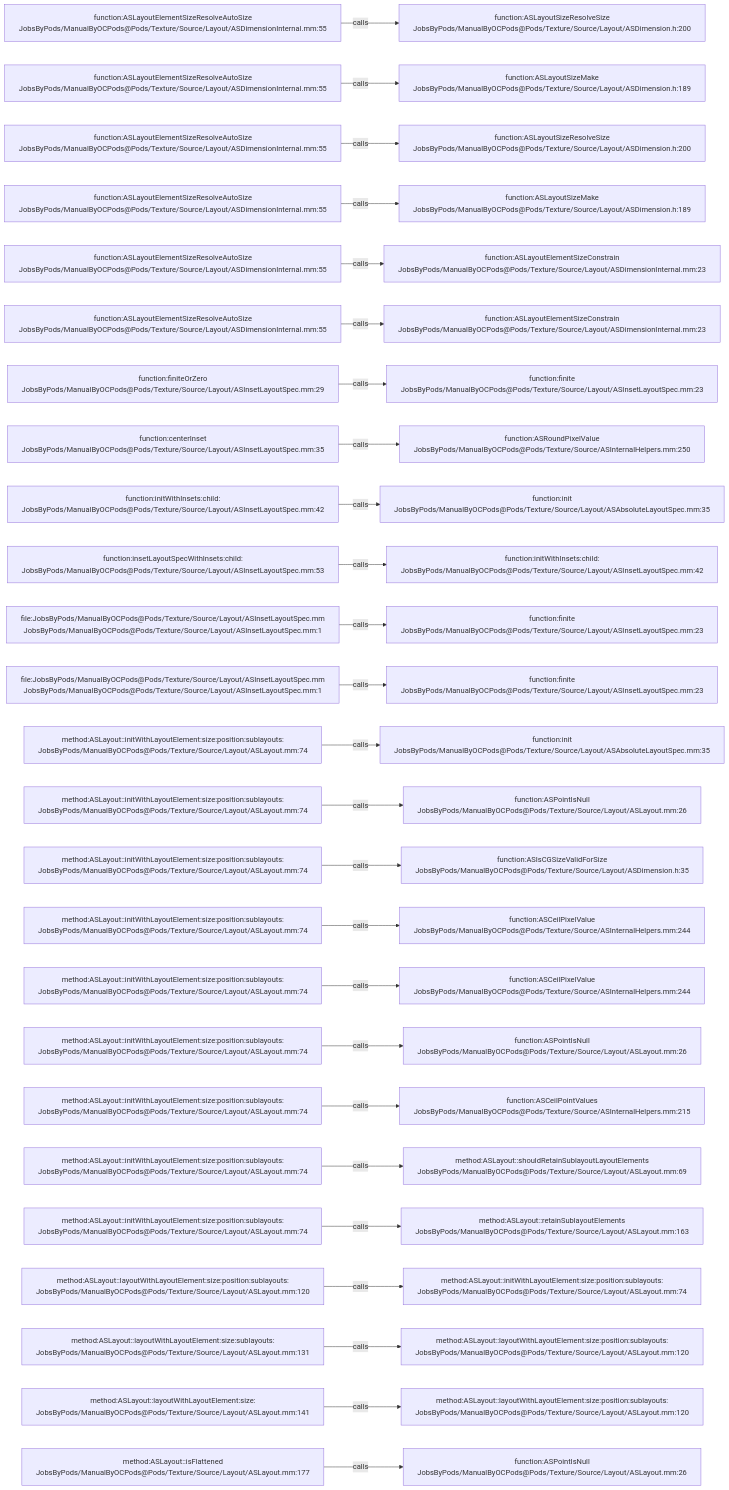
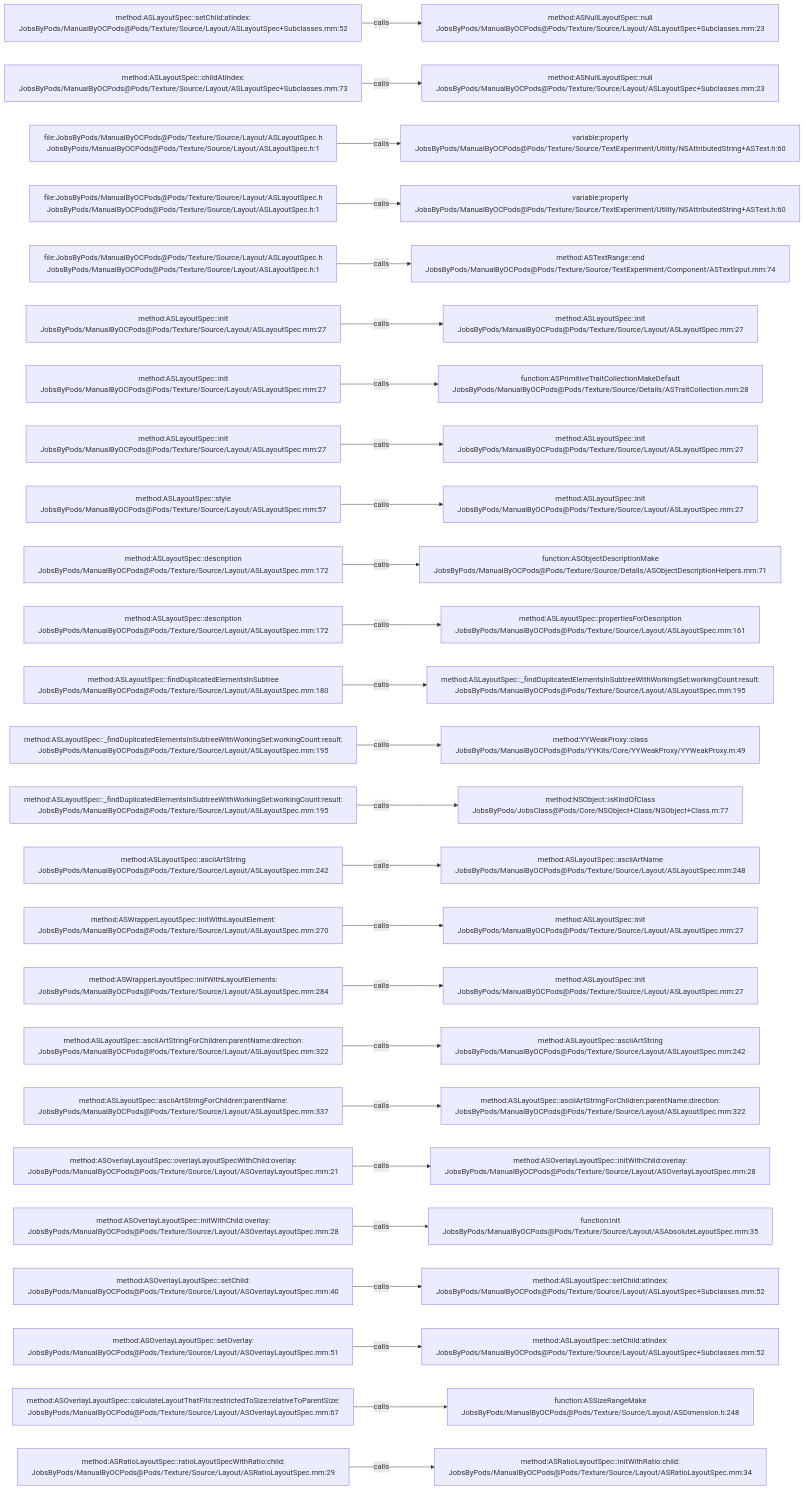
The diagram in .codegraph/codegraph.md/graphs/calls-179.md (JobsKits/JobsOCBaseConfigDemo), drawn with Mermaid before and after one commit. The commit also changed 1353 other files, not shown here.

````diff
--- a/.codegraph/codegraph.md/graphs/calls-179.md
+++ b/.codegraph/codegraph.md/graphs/calls-179.md
@@ -13,78 +13,78 @@
 ```mermaid
 flowchart LR
-  S1["function:ASLayoutElementSizeResolveAutoSize<br/>JobsByPods/ManualByOCPods@Pods/Texture/Source/Layout/ASDimensionInternal.mm:55"]
-  T1["function:ASLayoutSizeResolveSize<br/>JobsByPods/ManualByOCPods@Pods/Texture/Source/Layout/ASDimension.h:200"]
+  S1["method:ASLayoutSpec::setChild:atIndex:<br/>JobsByPods/ManualByOCPods@Pods/Texture/Source/Layout/ASLayoutSpec+Subclasses.mm:52"]
+  T1["method:ASNullLayoutSpec::null<br/>JobsByPods/ManualByOCPods@Pods/Texture/Source/Layout/ASLayoutSpec+Subclasses.mm:23"]
   S1 -->|calls| T1
-  S2["function:ASLayoutElementSizeResolveAutoSize<br/>JobsByPods/ManualByOCPods@Pods/Texture/Source/Layout/ASDimensionInternal.mm:55"]
-  T2["function:ASLayoutSizeMake<br/>JobsByPods/ManualByOCPods@Pods/Texture/Source/Layout/ASDimension.h:189"]
+  S2["method:ASLayoutSpec::childAtIndex:<br/>JobsByPods/ManualByOCPods@Pods/Texture/Source/Layout/ASLayoutSpec+Subclasses.mm:73"]
+  T2["method:ASNullLayoutSpec::null<br/>JobsByPods/ManualByOCPods@Pods/Texture/Source/Layout/ASLayoutSpec+Subclasses.mm:23"]
   S2 -->|calls| T2
-  S3["function:ASLayoutElementSizeResolveAutoSize<br/>JobsByPods/ManualByOCPods@Pods/Texture/Source/Layout/ASDimensionInternal.mm:55"]
-  T3["function:ASLayoutSizeResolveSize<br/>JobsByPods/ManualByOCPods@Pods/Texture/Source/Layout/ASDimension.h:200"]
+  S3["file:JobsByPods/ManualByOCPods@Pods/Texture/Source/Layout/ASLayoutSpec.h<br/>JobsByPods/ManualByOCPods@Pods/Texture/Source/Layout/ASLayoutSpec.h:1"]
+  T3["variable:property<br/>JobsByPods/ManualByOCPods@Pods/Texture/Source/TextExperiment/Utility/NSAttributedString+ASText.h:60"]
   S3 -->|calls| T3
-  S4["function:ASLayoutElementSizeResolveAutoSize<br/>JobsByPods/ManualByOCPods@Pods/Texture/Source/Layout/ASDimensionInternal.mm:55"]
-  T4["function:ASLayoutSizeMake<br/>JobsByPods/ManualByOCPods@Pods/Texture/Source/Layout/ASDimension.h:189"]
+  S4["file:JobsByPods/ManualByOCPods@Pods/Texture/Source/Layout/ASLayoutSpec.h<br/>JobsByPods/ManualByOCPods@Pods/Texture/Source/Layout/ASLayoutSpec.h:1"]
+  T4["variable:property<br/>JobsByPods/ManualByOCPods@Pods/Texture/Source/TextExperiment/Utility/NSAttributedString+ASText.h:60"]
   S4 -->|calls| T4
-  S5["function:ASLayoutElementSizeResolveAutoSize<br/>JobsByPods/ManualByOCPods@Pods/Texture/Source/Layout/ASDimensionInternal.mm:55"]
-  T5["function:ASLayoutElementSizeConstrain<br/>JobsByPods/ManualByOCPods@Pods/Texture/Source/Layout/ASDimensionInternal.mm:23"]
+  S5["file:JobsByPods/ManualByOCPods@Pods/Texture/Source/Layout/ASLayoutSpec.h<br/>JobsByPods/ManualByOCPods@Pods/Texture/Source/Layout/ASLayoutSpec.h:1"]
+  T5["method:ASTextRange::end<br/>JobsByPods/ManualByOCPods@Pods/Texture/Source/TextExperiment/Component/ASTextInput.mm:74"]
   S5 -->|calls| T5
-  S6["function:ASLayoutElementSizeResolveAutoSize<br/>JobsByPods/ManualByOCPods@Pods/Texture/Source/Layout/ASDimensionInternal.mm:55"]
-  T6["function:ASLayoutElementSizeConstrain<br/>JobsByPods/ManualByOCPods@Pods/Texture/Source/Layout/ASDimensionInternal.mm:23"]
+  S6["method:ASLayoutSpec::init<br/>JobsByPods/ManualByOCPods@Pods/Texture/Source/Layout/ASLayoutSpec.mm:27"]
+  T6["method:ASLayoutSpec::init<br/>JobsByPods/ManualByOCPods@Pods/Texture/Source/Layout/ASLayoutSpec.mm:27"]
   S6 -->|calls| T6
-  S7["function:finiteOrZero<br/>JobsByPods/ManualByOCPods@Pods/Texture/Source/Layout/ASInsetLayoutSpec.mm:29"]
-  T7["function:finite<br/>JobsByPods/ManualByOCPods@Pods/Texture/Source/Layout/ASInsetLayoutSpec.mm:23"]
+  S7["method:ASLayoutSpec::init<br/>JobsByPods/ManualByOCPods@Pods/Texture/Source/Layout/ASLayoutSpec.mm:27"]
+  T7["function:ASPrimitiveTraitCollectionMakeDefault<br/>JobsByPods/ManualByOCPods@Pods/Texture/Source/Details/ASTraitCollection.mm:28"]
   S7 -->|calls| T7
-  S8["function:centerInset<br/>JobsByPods/ManualByOCPods@Pods/Texture/Source/Layout/ASInsetLayoutSpec.mm:35"]
-  T8["function:ASRoundPixelValue<br/>JobsByPods/ManualByOCPods@Pods/Texture/Source/ASInternalHelpers.mm:250"]
+  S8["method:ASLayoutSpec::init<br/>JobsByPods/ManualByOCPods@Pods/Texture/Source/Layout/ASLayoutSpec.mm:27"]
+  T8["method:ASLayoutSpec::init<br/>JobsByPods/ManualByOCPods@Pods/Texture/Source/Layout/ASLayoutSpec.mm:27"]
   S8 -->|calls| T8
-  S9["function:initWithInsets:child:<br/>JobsByPods/ManualByOCPods@Pods/Texture/Source/Layout/ASInsetLayoutSpec.mm:42"]
-  T9["function:init<br/>JobsByPods/ManualByOCPods@Pods/Texture/Source/Layout/ASAbsoluteLayoutSpec.mm:35"]
+  S9["method:ASLayoutSpec::style<br/>JobsByPods/ManualByOCPods@Pods/Texture/Source/Layout/ASLayoutSpec.mm:57"]
+  T9["method:ASLayoutSpec::init<br/>JobsByPods/ManualByOCPods@Pods/Texture/Source/Layout/ASLayoutSpec.mm:27"]
   S9 -->|calls| T9
-  S10["function:insetLayoutSpecWithInsets:child:<br/>JobsByPods/ManualByOCPods@Pods/Texture/Source/Layout/ASInsetLayoutSpec.mm:53"]
-  T10["function:initWithInsets:child:<br/>JobsByPods/ManualByOCPods@Pods/Texture/Source/Layout/ASInsetLayoutSpec.mm:42"]
+  S10["method:ASLayoutSpec::description<br/>JobsByPods/ManualByOCPods@Pods/Texture/Source/Layout/ASLayoutSpec.mm:172"]
+  T10["function:ASObjectDescriptionMake<br/>JobsByPods/ManualByOCPods@Pods/Texture/Source/Details/ASObjectDescriptionHelpers.mm:71"]
   S10 -->|calls| T10
-  S11["file:JobsByPods/ManualByOCPods@Pods/Texture/Source/Layout/ASInsetLayoutSpec.mm<br/>JobsByPods/ManualByOCPods@Pods/Texture/Source/Layout/ASInsetLayoutSpec.mm:1"]
-  T11["function:finite<br/>JobsByPods/ManualByOCPods@Pods/Texture/Source/Layout/ASInsetLayoutSpec.mm:23"]
+  S11["method:ASLayoutSpec::description<br/>JobsByPods/ManualByOCPods@Pods/Texture/Source/Layout/ASLayoutSpec.mm:172"]
+  T11["method:ASLayoutSpec::propertiesForDescription<br/>JobsByPods/ManualByOCPods@Pods/Texture/Source/Layout/ASLayoutSpec.mm:161"]
   S11 -->|calls| T11
-  S12["file:JobsByPods/ManualByOCPods@Pods/Texture/Source/Layout/ASInsetLayoutSpec.mm<br/>JobsByPods/ManualByOCPods@Pods/Texture/Source/Layout/ASInsetLayoutSpec.mm:1"]
-  T12["function:finite<br/>JobsByPods/ManualByOCPods@Pods/Texture/Source/Layout/ASInsetLayoutSpec.mm:23"]
+  S12["method:ASLayoutSpec::findDuplicatedElementsInSubtree<br/>JobsByPods/ManualByOCPods@Pods/Texture/Source/Layout/ASLayoutSpec.mm:180"]
+  T12["method:ASLayoutSpec::_findDuplicatedElementsInSubtreeWithWorkingSet:workingCount:result:<br/>JobsByPods/ManualByOCPods@Pods/Texture/Source/Layout/ASLayoutSpec.mm:195"]
   S12 -->|calls| T12
-  S13["method:ASLayout::initWithLayoutElement:size:position:sublayouts:<br/>JobsByPods/ManualByOCPods@Pods/Texture/Source/Layout/ASLayout.mm:74"]
-  T13["function:init<br/>JobsByPods/ManualByOCPods@Pods/Texture/Source/Layout/ASAbsoluteLayoutSpec.mm:35"]
+  S13["method:ASLayoutSpec::_findDuplicatedElementsInSubtreeWithWorkingSet:workingCount:result:<br/>JobsByPods/ManualByOCPods@Pods/Texture/Source/Layout/ASLayoutSpec.mm:195"]
+  T13["method:YYWeakProxy::class<br/>JobsByPods/ManualByOCPods@Pods/YYKits/Core/YYWeakProxy/YYWeakProxy.m:49"]
   S13 -->|calls| T13
-  S14["method:ASLayout::initWithLayoutElement:size:position:sublayouts:<br/>JobsByPods/ManualByOCPods@Pods/Texture/Source/Layout/ASLayout.mm:74"]
-  T14["function:ASPointIsNull<br/>JobsByPods/ManualByOCPods@Pods/Texture/Source/Layout/ASLayout.mm:26"]
+  S14["method:ASLayoutSpec::_findDuplicatedElementsInSubtreeWithWorkingSet:workingCount:result:<br/>JobsByPods/ManualByOCPods@Pods/Texture/Source/Layout/ASLayoutSpec.mm:195"]
+  T14["method:NSObject::isKindOfClass<br/>JobsByPods/JobsClass@Pods/Core/NSObject+Class/NSObject+Class.m:77"]
   S14 -->|calls| T14
-  S15["method:ASLayout::initWithLayoutElement:size:position:sublayouts:<br/>JobsByPods/ManualByOCPods@Pods/Texture/Source/Layout/ASLayout.mm:74"]
-  T15["function:ASIsCGSizeValidForSize<br/>JobsByPods/ManualByOCPods@Pods/Texture/Source/Layout/ASDimension.h:35"]
+  S15["method:ASLayoutSpec::asciiArtString<br/>JobsByPods/ManualByOCPods@Pods/Texture/Source/Layout/ASLayoutSpec.mm:242"]
+  T15["method:ASLayoutSpec::asciiArtName<br/>JobsByPods/ManualByOCPods@Pods/Texture/Source/Layout/ASLayoutSpec.mm:248"]
   S15 -->|calls| T15
-  S16["method:ASLayout::initWithLayoutElement:size:position:sublayouts:<br/>JobsByPods/ManualByOCPods@Pods/Texture/Source/Layout/ASLayout.mm:74"]
-  T16["function:ASCeilPixelValue<br/>JobsByPods/ManualByOCPods@Pods/Texture/Source/ASInternalHelpers.mm:244"]
+  S16["method:ASWrapperLayoutSpec::initWithLayoutElement:<br/>JobsByPods/ManualByOCPods@Pods/Texture/Source/Layout/ASLayoutSpec.mm:270"]
+  T16["method:ASLayoutSpec::init<br/>JobsByPods/ManualByOCPods@Pods/Texture/Source/Layout/ASLayoutSpec.mm:27"]
   S16 -->|calls| T16
-  S17["method:ASLayout::initWithLayoutElement:size:position:sublayouts:<br/>JobsByPods/ManualByOCPods@Pods/Texture/Source/Layout/ASLayout.mm:74"]
-  T17["function:ASCeilPixelValue<br/>JobsByPods/ManualByOCPods@Pods/Texture/Source/ASInternalHelpers.mm:244"]
+  S17["method:ASWrapperLayoutSpec::initWithLayoutElements:<br/>JobsByPods/ManualByOCPods@Pods/Texture/Source/Layout/ASLayoutSpec.mm:284"]
+  T17["method:ASLayoutSpec::init<br/>JobsByPods/ManualByOCPods@Pods/Texture/Source/Layout/ASLayoutSpec.mm:27"]
   S17 -->|calls| T17
-  S18["method:ASLayout::initWithLayoutElement:size:position:sublayouts:<br/>JobsByPods/ManualByOCPods@Pods/Texture/Source/Layout/ASLayout.mm:74"]
-  T18["function:ASPointIsNull<br/>JobsByPods/ManualByOCPods@Pods/Texture/Source/Layout/ASLayout.mm:26"]
+  S18["method:ASLayoutSpec::asciiArtStringForChildren:parentName:direction:<br/>JobsByPods/ManualByOCPods@Pods/Texture/Source/Layout/ASLayoutSpec.mm:322"]
+  T18["method:ASLayoutSpec::asciiArtString<br/>JobsByPods/ManualByOCPods@Pods/Texture/Source/Layout/ASLayoutSpec.mm:242"]
   S18 -->|calls| T18
-  S19["method:ASLayout::initWithLayoutElement:size:position:sublayouts:<br/>JobsByPods/ManualByOCPods@Pods/Texture/Source/Layout/ASLayout.mm:74"]
-  T19["function:ASCeilPointValues<br/>JobsByPods/ManualByOCPods@Pods/Texture/Source/ASInternalHelpers.mm:215"]
+  S19["method:ASLayoutSpec::asciiArtStringForChildren:parentName:<br/>JobsByPods/ManualByOCPods@Pods/Texture/Source/Layout/ASLayoutSpec.mm:337"]
+  T19["method:ASLayoutSpec::asciiArtStringForChildren:parentName:direction:<br/>JobsByPods/ManualByOCPods@Pods/Texture/Source/Layout/ASLayoutSpec.mm:322"]
   S19 -->|calls| T19
-  S20["method:ASLayout::initWithLayoutElement:size:position:sublayouts:<br/>JobsByPods/ManualByOCPods@Pods/Texture/Source/Layout/ASLayout.mm:74"]
-  T20["method:ASLayout::shouldRetainSublayoutLayoutElements<br/>JobsByPods/ManualByOCPods@Pods/Texture/Source/Layout/ASLayout.mm:69"]
+  S20["method:ASOverlayLayoutSpec::overlayLayoutSpecWithChild:overlay:<br/>JobsByPods/ManualByOCPods@Pods/Texture/Source/Layout/ASOverlayLayoutSpec.mm:21"]
+  T20["method:ASOverlayLayoutSpec::initWithChild:overlay:<br/>JobsByPods/ManualByOCPods@Pods/Texture/Source/Layout/ASOverlayLayoutSpec.mm:28"]
   S20 -->|calls| T20
-  S21["method:ASLayout::initWithLayoutElement:size:position:sublayouts:<br/>JobsByPods/ManualByOCPods@Pods/Texture/Source/Layout/ASLayout.mm:74"]
-  T21["method:ASLayout::retainSublayoutElements<br/>JobsByPods/ManualByOCPods@Pods/Texture/Source/Layout/ASLayout.mm:163"]
+  S21["method:ASOverlayLayoutSpec::initWithChild:overlay:<br/>JobsByPods/ManualByOCPods@Pods/Texture/Source/Layout/ASOverlayLayoutSpec.mm:28"]
+  T21["function:init<br/>JobsByPods/ManualByOCPods@Pods/Texture/Source/Layout/ASAbsoluteLayoutSpec.mm:35"]
   S21 -->|calls| T21
-  S22["method:ASLayout::layoutWithLayoutElement:size:position:sublayouts:<br/>JobsByPods/ManualByOCPods@Pods/Texture/Source/Layout/ASLayout.mm:120"]
-  T22["method:ASLayout::initWithLayoutElement:size:position:sublayouts:<br/>JobsByPods/ManualByOCPods@Pods/Texture/Source/Layout/ASLayout.mm:74"]
+  S22["method:ASOverlayLayoutSpec::setChild:<br/>JobsByPods/ManualByOCPods@Pods/Texture/Source/Layout/ASOverlayLayoutSpec.mm:40"]
+  T22["method:ASLayoutSpec::setChild:atIndex:<br/>JobsByPods/ManualByOCPods@Pods/Texture/Source/Layout/ASLayoutSpec+Subclasses.mm:52"]
   S22 -->|calls| T22
-  S23["method:ASLayout::layoutWithLayoutElement:size:sublayouts:<br/>JobsByPods/ManualByOCPods@Pods/Texture/Source/Layout/ASLayout.mm:131"]
-  T23["method:ASLayout::layoutWithLayoutElement:size:position:sublayouts:<br/>JobsByPods/ManualByOCPods@Pods/Texture/Source/Layout/ASLayout.mm:120"]
+  S23["method:ASOverlayLayoutSpec::setOverlay:<br/>JobsByPods/ManualByOCPods@Pods/Texture/Source/Layout/ASOverlayLayoutSpec.mm:51"]
+  T23["method:ASLayoutSpec::setChild:atIndex:<br/>JobsByPods/ManualByOCPods@Pods/Texture/Source/Layout/ASLayoutSpec+Subclasses.mm:52"]
   S23 -->|calls| T23
-  S24["method:ASLayout::layoutWithLayoutElement:size:<br/>JobsByPods/ManualByOCPods@Pods/Texture/Source/Layout/ASLayout.mm:141"]
-  T24["method:ASLayout::layoutWithLayoutElement:size:position:sublayouts:<br/>JobsByPods/ManualByOCPods@Pods/Texture/Source/Layout/ASLayout.mm:120"]
+  S24["method:ASOverlayLayoutSpec::calculateLayoutThatFits:restrictedToSize:relativeToParentSize:<br/>JobsByPods/ManualByOCPods@Pods/Texture/Source/Layout/ASOverlayLayoutSpec.mm:67"]
+  T24["function:ASSizeRangeMake<br/>JobsByPods/ManualByOCPods@Pods/Texture/Source/Layout/ASDimension.h:248"]
   S24 -->|calls| T24
-  S25["method:ASLayout::isFlattened<br/>JobsByPods/ManualByOCPods@Pods/Texture/Source/Layout/ASLayout.mm:177"]
-  T25["function:ASPointIsNull<br/>JobsByPods/ManualByOCPods@Pods/Texture/Source/Layout/ASLayout.mm:26"]
+  S25["method:ASRatioLayoutSpec::ratioLayoutSpecWithRatio:child:<br/>JobsByPods/ManualByOCPods@Pods/Texture/Source/Layout/ASRatioLayoutSpec.mm:29"]
+  T25["method:ASRatioLayoutSpec::initWithRatio:child:<br/>JobsByPods/ManualByOCPods@Pods/Texture/Source/Layout/ASRatioLayoutSpec.mm:34"]
   S25 -->|calls| T25
 ```
````
